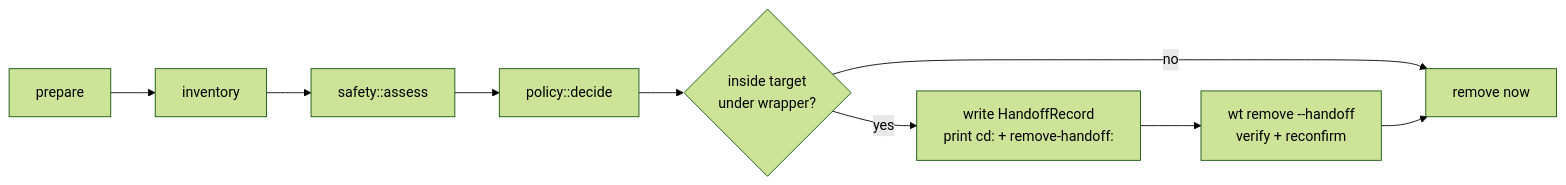
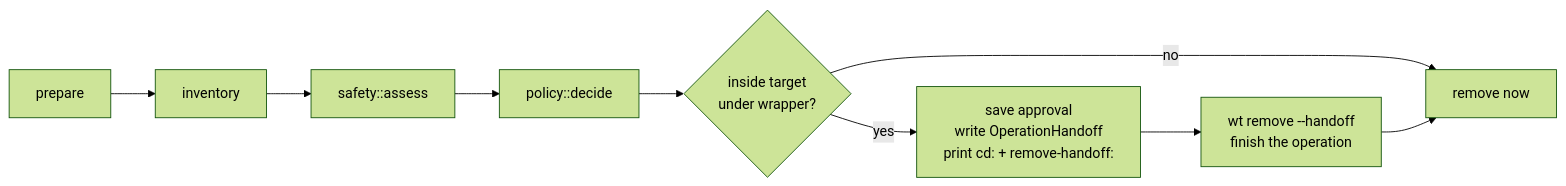
Before and after one commit to yankeeinlondon/rusty-biscuit: the diagram in .claude/skills/worktree/remove.md, drawn with Mermaid (forest theme). The commit also changed other lines of this file and 12 other files, not shown here.

````diff
--- a/.claude/skills/worktree/remove.md
+++ b/.claude/skills/worktree/remove.md
@@ -7,6 +7,6 @@
 ```mermaid
 flowchart LR
   P0[prepare] --> I[inventory] --> S[safety::assess] --> P[policy::decide] --> R{inside target<br/>under wrapper?}
   R -- no --> X[remove now]
-  R -- yes --> H[write HandoffRecord<br/>print cd: + remove-handoff:] --> H2[wt remove --handoff<br/>verify + reconfirm] --> X
+  R -- yes --> H[save approval<br/>write OperationHandoff<br/>print cd: + remove-handoff:] --> H2[wt remove --handoff<br/>finish the operation] --> X
 ```
````
